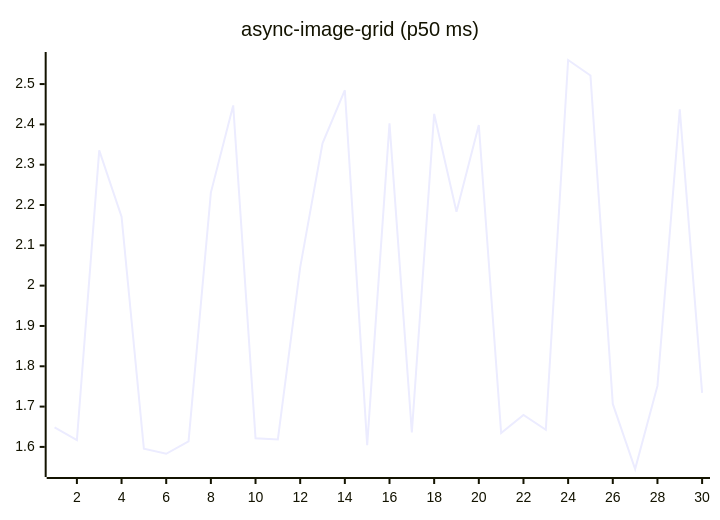
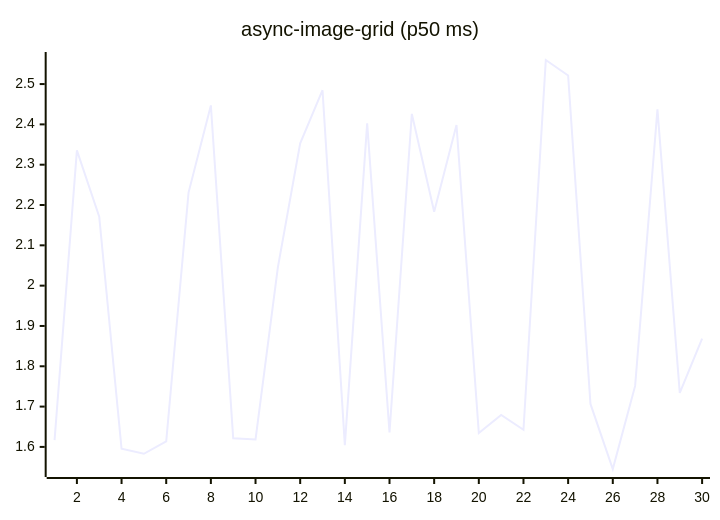
One commit to josha/Facet changed the fifth of 27 diagrams in README.md. Above: the diagram before and after it, drawn with Mermaid. The commit also changed other lines of this file and 2 other files, not shown here.

````diff
--- a/README.md
+++ b/README.md
@@ -91,6 +91,6 @@
 ```mermaid
 xychart-beta
     title "async-image-grid (p50 ms)"
     x-axis 1 --> 30
-    line [1.6487, 1.6169, 2.3355, 2.1710, 1.5954, 1.5829, 1.6137, 2.2308, 2.4470, 1.6216, 1.6184, 2.0452, 2.3531, 2.4847, 1.6045, 2.4025, 1.6357, 2.4260, 2.1835, 2.3985, 1.6346, 1.6792, 1.6424, 2.5597, 2.5214, 1.7066, 1.5452, 1.7512, 2.4372, 1.7341]
+    line [1.6169, 2.3355, 2.1710, 1.5954, 1.5829, 1.6137, 2.2308, 2.4470, 1.6216, 1.6184, 2.0452, 2.3531, 2.4847, 1.6045, 2.4025, 1.6357, 2.4260, 2.1835, 2.3985, 1.6346, 1.6792, 1.6424, 2.5597, 2.5214, 1.7066, 1.5452, 1.7512, 2.4372, 1.7341, 1.8684]
 ```
````
